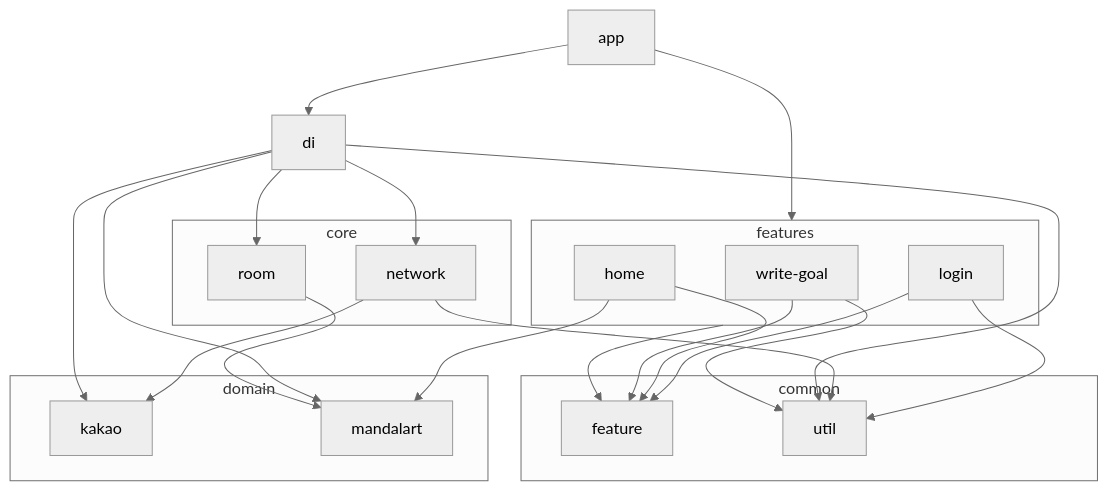
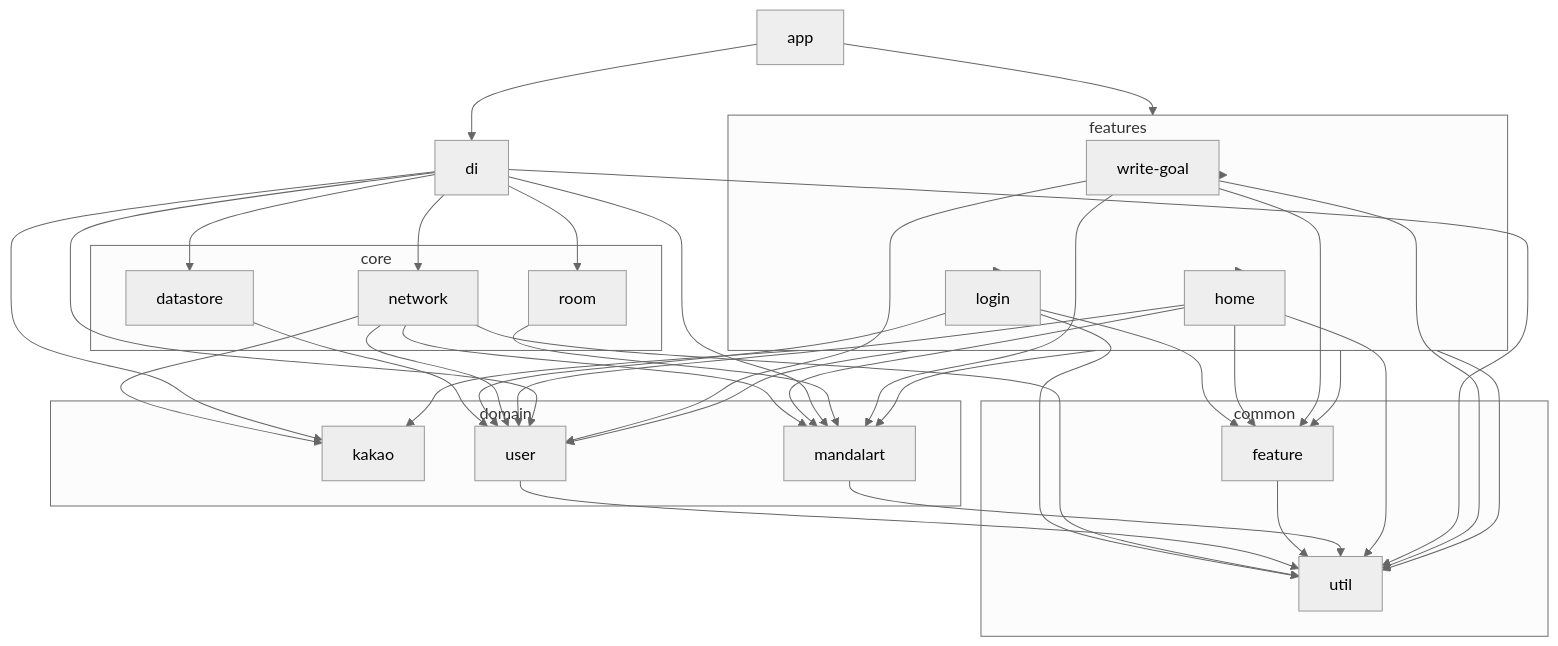
The diagram in README.md (Eggtart-Mandal-art/Eggtart-Android), drawn with Mermaid before and after one commit. The commit also changed 24 other files, not shown here.

````diff
--- a/README.md
+++ b/README.md
@@ -5,44 +5,66 @@
 ```mermaid
 %%{
   init: {
     'theme': 'neutral'
   }
 }%%
 
 graph TB
 
   subgraph common
     feature
     util
   end
   subgraph core
+    datastore
     network
     room
   end
   subgraph domain
     kakao
     mandalart
+    user
   end
   subgraph features
     home
     login
     write-goal
   end
+  datastore --> user
   login --> feature
   login --> util
+  login --> user
   network --> kakao
+  network --> user
+  network --> mandalart
   network --> util
+  user --> util
+  feature --> util
+  mandalart --> util
   features --> feature
+  features --> util
+  features --> home
+  features --> login
+  features --> write-goal
+  features --> kakao
+  features --> user
+  features --> mandalart
   home --> feature
+  home --> util
+  home --> user
   home --> mandalart
   app --> features
   app --> di
   di --> util
   di --> room
   di --> network
+  di --> datastore
   di --> mandalart
   di --> kakao
+  di --> user
   room --> mandalart
   write-goal --> feature
   write-goal --> util
+  write-goal --> mandalart
+  write-goal --> user
 ```
````
